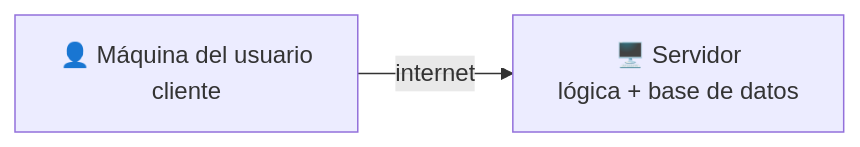
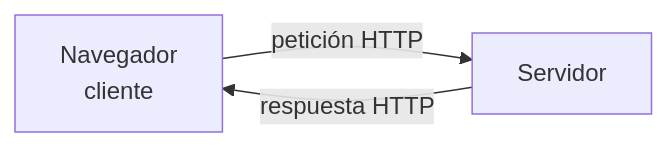
One commit to alejandroroig/despliegue-daw changed the third of 8 diagrams in docs/tema1/arquitecturas-despliegue.md. Above: the diagram before and after it, drawn with Mermaid. The commit also changed other lines of this file and 9 other files, not shown here.

````diff
--- a/docs/tema1/arquitecturas-despliegue.md
+++ b/docs/tema1/arquitecturas-despliegue.md
@@ -43,4 +108,5 @@
 ```mermaid
 flowchart LR
-    C["👤 Máquina del usuario<br/>cliente"] -->|internet| S["🖥️ Servidor<br/>lógica + base de datos"]
+    C["Navegador<br/>cliente"] -->|"petición HTTP"| S["Servidor"]
+    S -->|"respuesta HTTP"| C
 ```
````
